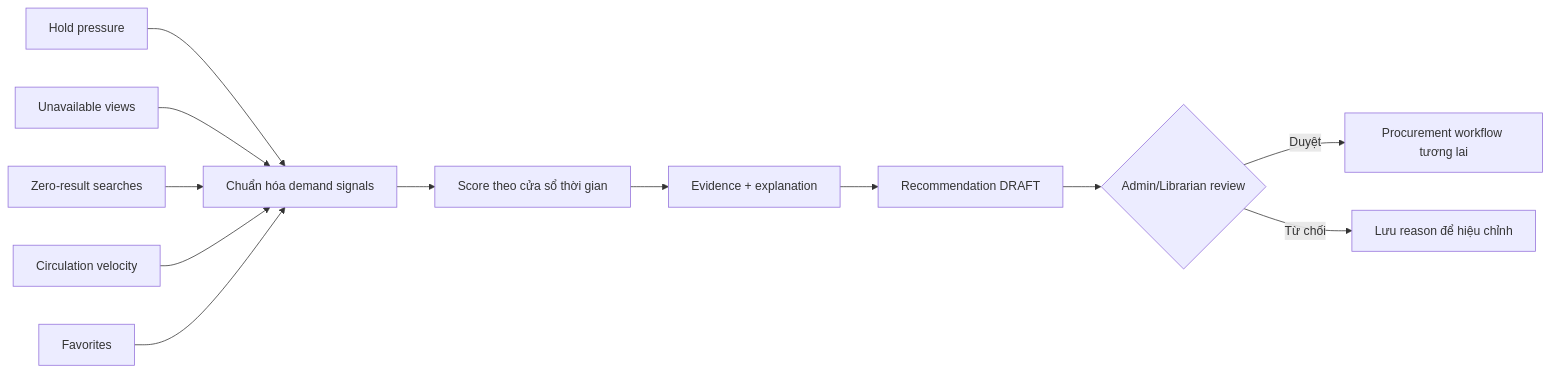
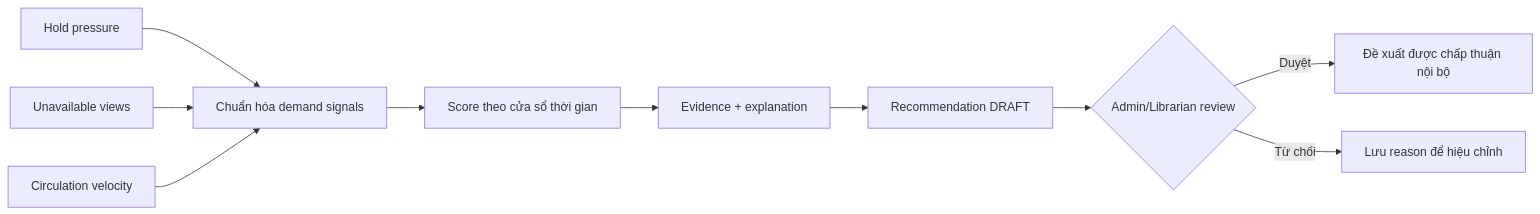
One commit to Shuuma4869/He-thong-quan-ly-va-khai-thac-thu-vien changed the diagram in tai-lieu/04-nghiep-vu/de-xuat-bo-sung-sach.md. Above: the diagram before and after it, drawn with Mermaid. The commit also changed other lines of this file and 94 other files, not shown here.

````diff
--- a/tai-lieu/04-nghiep-vu/de-xuat-bo-sung-sach.md
+++ b/tai-lieu/04-nghiep-vu/de-xuat-bo-sung-sach.md
@@ -7,14 +7,12 @@
 ```mermaid
 flowchart LR
   H[Hold pressure] --> D[Chuẩn hóa demand signals]
   U[Unavailable views] --> D
-  Z[Zero-result searches] --> D
   C[Circulation velocity] --> D
-  F[Favorites] --> D
   D --> S[Score theo cửa sổ thời gian]
   S --> E[Evidence + explanation]
   E --> R[Recommendation DRAFT]
   R --> A{Admin/Librarian review}
-  A -- Duyệt --> P[Procurement workflow tương lai]
+  A -- Duyệt --> P[Đề xuất được chấp thuận nội bộ]
   A -- Từ chối --> X[Lưu reason để hiệu chỉnh]
 ```
````
